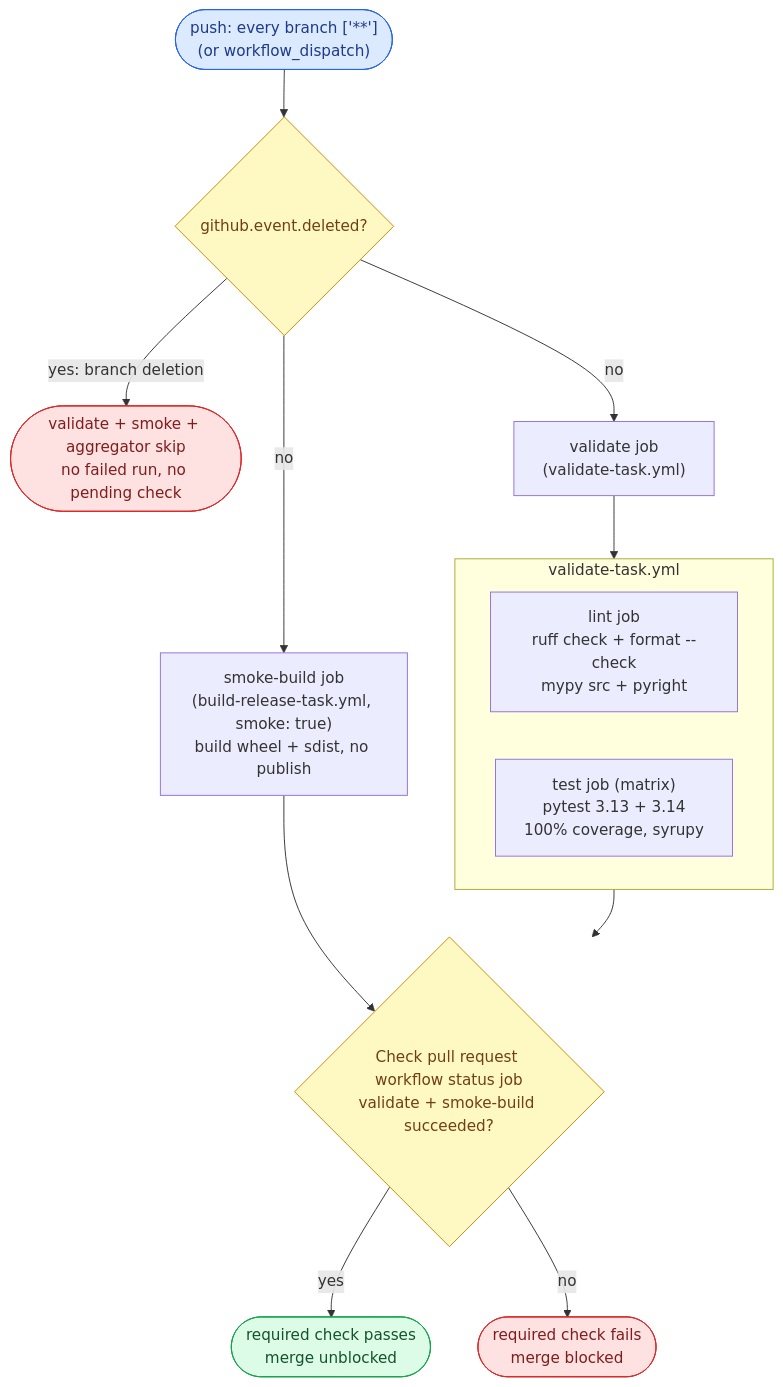
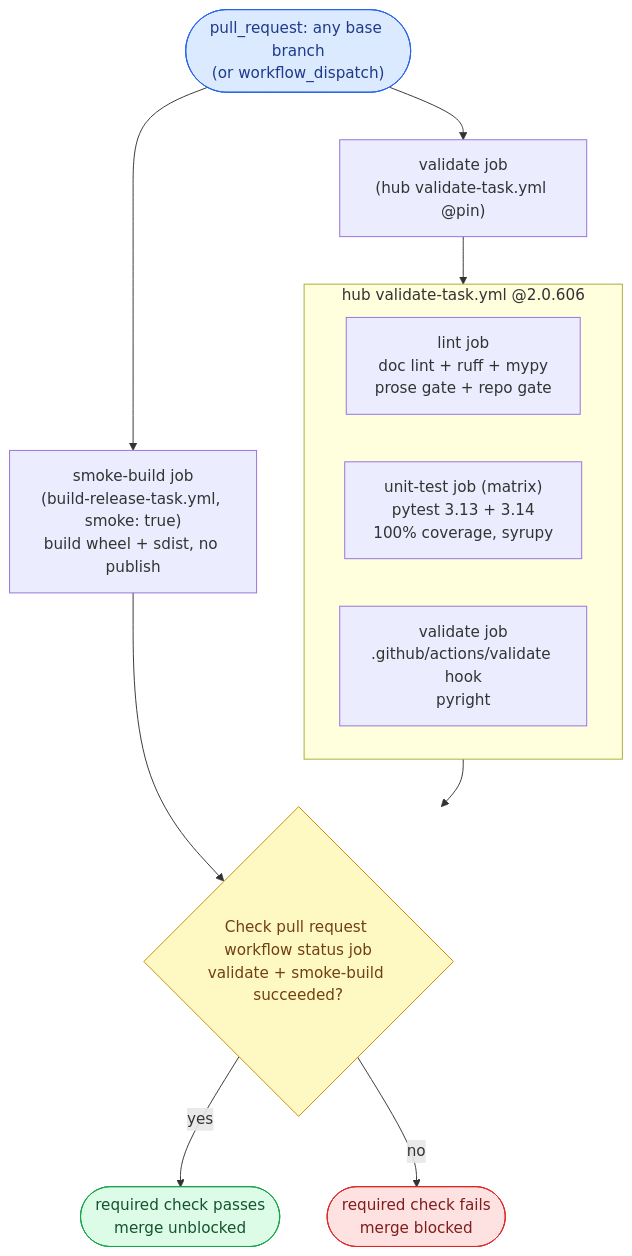
One commit to ptr727/aiopurpleair changed the first of 3 diagrams in WORKFLOW.md. Above: the diagram before and after it, drawn with Mermaid. The commit also changed other lines of this file and 9 other files, not shown here.

````diff
--- a/WORKFLOW.md
+++ b/WORKFLOW.md
@@ -99,21 +111,20 @@
 ```mermaid
 flowchart TD
-    T(["push: every branch ['**']<br/>(or workflow_dispatch)"]):::trig
-    T --> D{"github.event.deleted?"}:::gate
-    D -- "yes: branch deletion" --> X(["validate + smoke + aggregator skip<br/>no failed run, no pending check"]):::stop
-    D -- "no" --> V["validate job<br/>(validate-task.yml)"]
-    D -- "no" --> SB["smoke-build job<br/>(build-release-task.yml, smoke: true)<br/>build wheel + sdist, no publish"]
-    subgraph VT ["validate-task.yml"]
-        LN["lint job<br/>ruff check + format --check<br/>mypy src + pyright"]
-        TS["test job (matrix)<br/>pytest 3.13 + 3.14<br/>100% coverage, syrupy"]
+    T(["pull_request: any base branch<br/>(or workflow_dispatch)"]):::trig
+    T --> V["validate job<br/>(hub validate-task.yml @pin)"]
+    T --> SB["smoke-build job<br/>(build-release-task.yml, smoke: true)<br/>build wheel + sdist, no publish"]
+    subgraph VT ["hub validate-task.yml @2.0.606"]
+        LN["lint job<br/>doc lint + ruff + mypy<br/>prose gate + repo gate"]
+        TS["unit-test job (matrix)<br/>pytest 3.13 + 3.14<br/>100% coverage, syrupy"]
+        VH["validate job<br/>.github/actions/validate hook<br/>pyright"]
     end
     V --> VT
     VT --> A{"Check pull request workflow status job<br/>validate + smoke-build succeeded?"}:::gate
     SB --> A
     A -- "yes" --> G(["required check passes<br/>merge unblocked"]):::pub
     A -- "no" --> R(["required check fails<br/>merge blocked"]):::stop
     classDef trig fill:#dbeafe,stroke:#2563eb,color:#1e3a8a
     classDef gate fill:#fef9c3,stroke:#ca8a04,color:#713f12
     classDef pub fill:#dcfce7,stroke:#16a34a,color:#14532d
     classDef stop fill:#fee2e2,stroke:#dc2626,color:#7f1d1d
 ```
````
